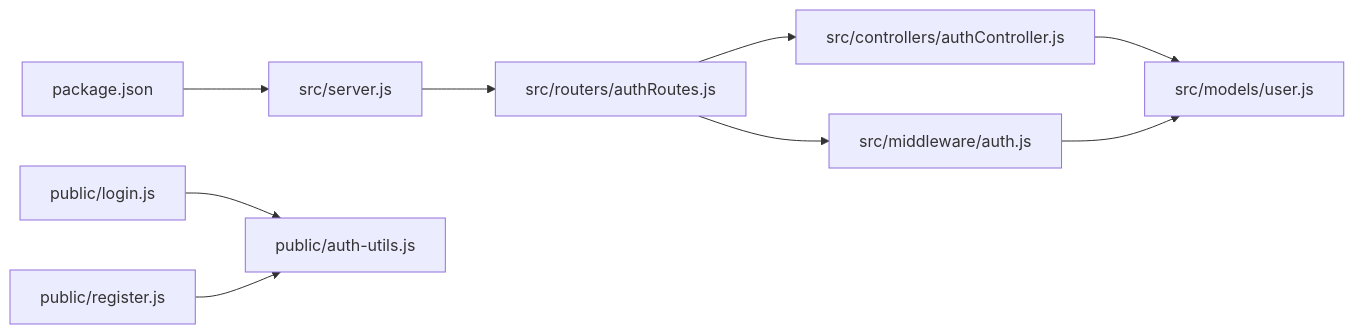
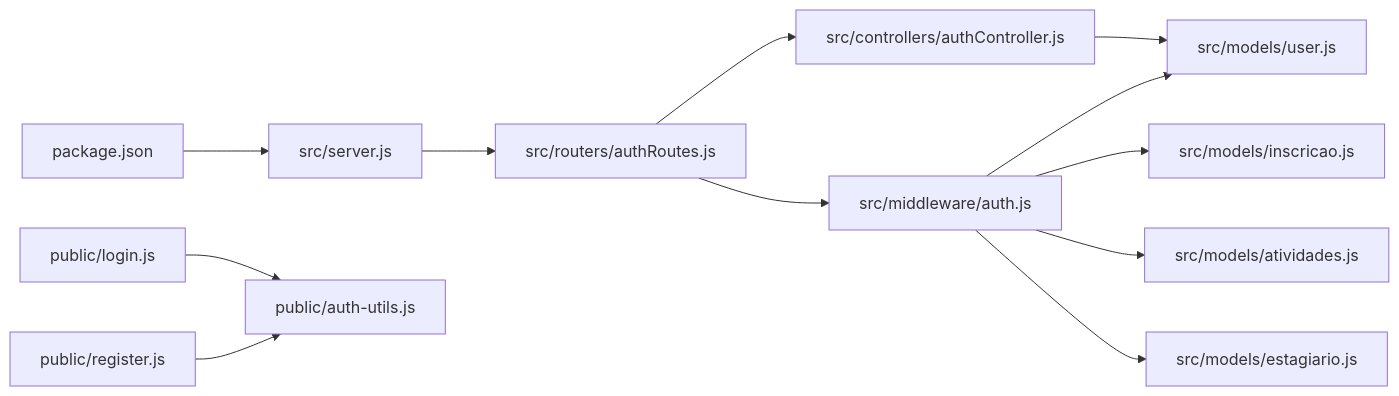
Before and after one commit to luiseduacosta/nodemural: the tenth of 10 diagrams in .qoder/repowiki/en/content/Authentication & Authorization System/Authentication & Authorization System.md, drawn with Mermaid. The commit also changed other lines of this file and 27 other files, not shown here.

````diff
--- a/.qoder/repowiki/en/content/Authentication & Authorization System/Authentication & Authorization System.md
+++ b/.qoder/repowiki/en/content/Authentication & Authorization System/Authentication & Authorization System.md
@@ -344,20 +479,26 @@
 ```mermaid
 graph LR
 Pkg["package.json"]
 Server["src/server.js"]
 Routes["src/routers/authRoutes.js"]
 Ctrl["src/controllers/authController.js"]
 MW["src/middleware/auth.js"]
 Model["src/models/user.js"]
 Utils["public/auth-utils.js"]
 Login["public/login.js"]
 Register["public/register.js"]
+InscricaoModel["src/models/inscricao.js"]
+AtividadesModel["src/models/atividades.js"]
+EstagiarioModel["src/models/estagiario.js"]
 Pkg --> Server
 Server --> Routes
 Routes --> Ctrl
 Routes --> MW
 Ctrl --> Model
 MW --> Model
+MW --> InscricaoModel
+MW --> AtividadesModel
+MW --> EstagiarioModel
 Login --> Utils
 Register --> Utils
 ```
````
